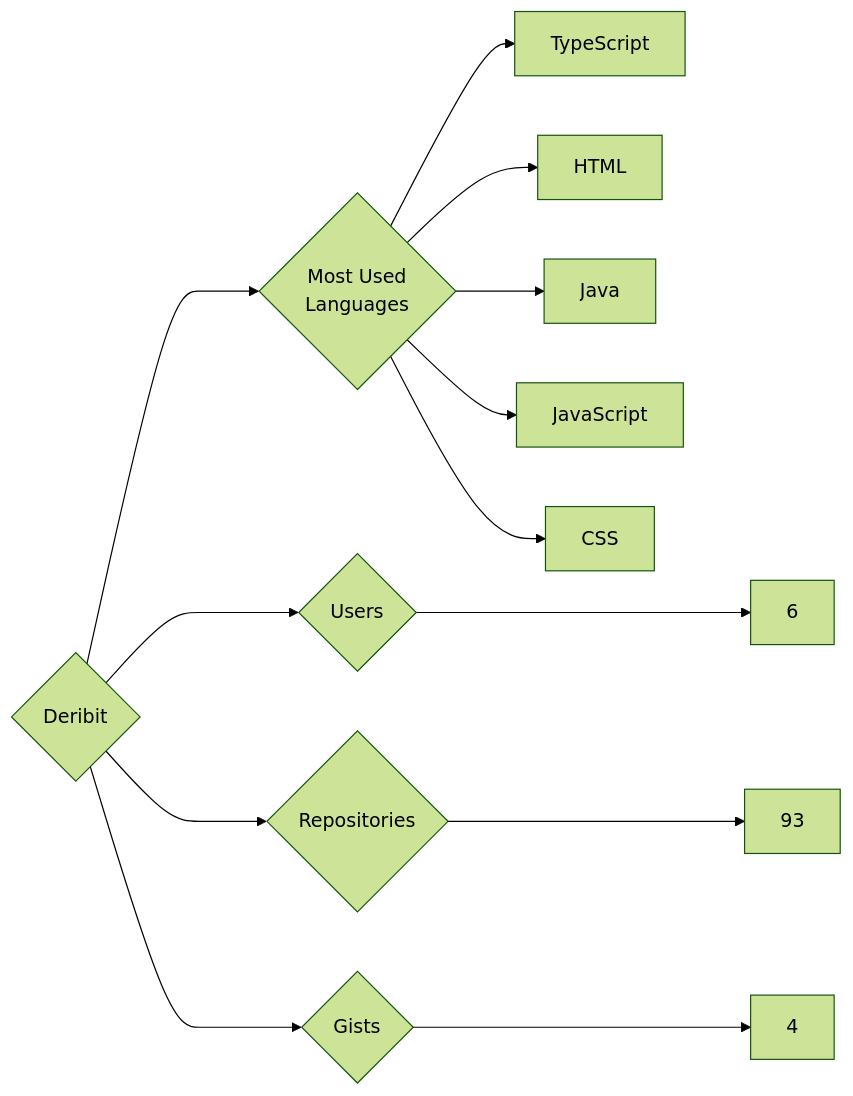
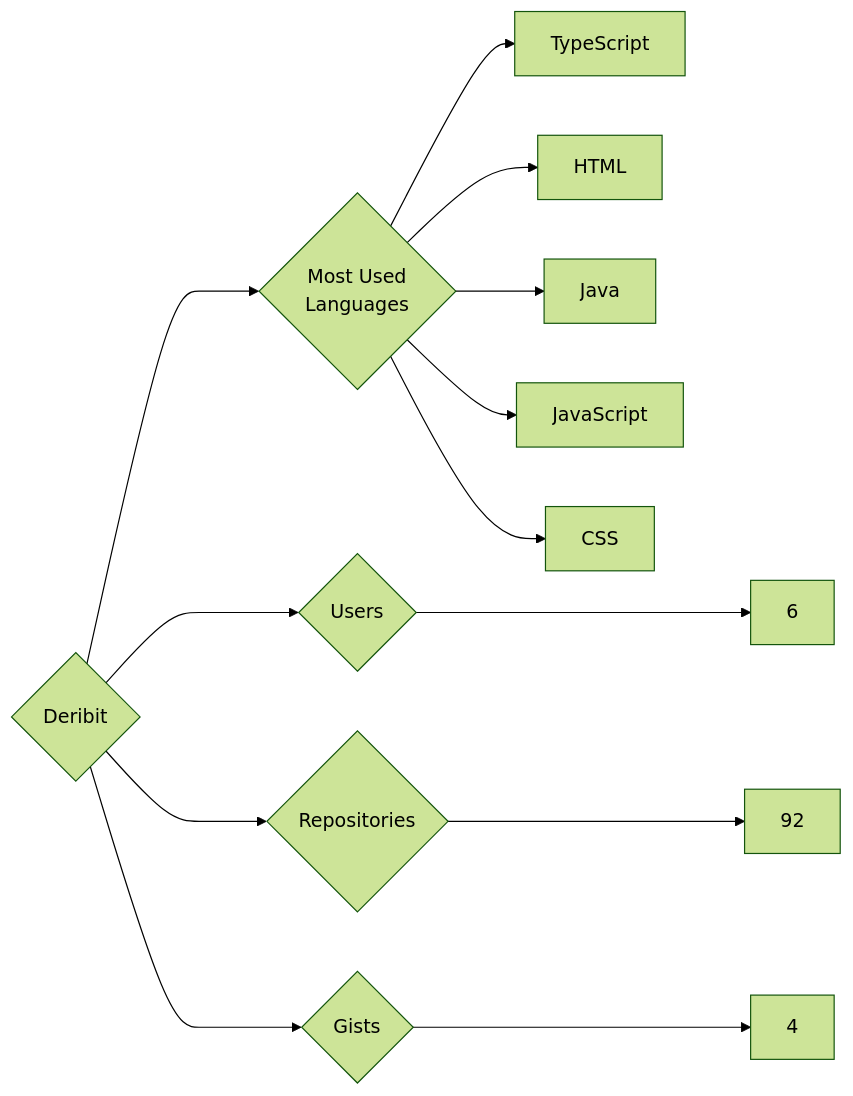
Before and after one commit to trickest/insiders: the diagram in targets/Deribit/README.md, drawn with Mermaid (forest theme). The commit also changed 985 other files, not shown here.

````diff
--- a/targets/Deribit/README.md
+++ b/targets/Deribit/README.md
@@ -3,13 +3,13 @@
 ```mermaid
 graph LR
 COMPANY_NAME{Deribit}
 COMPANY_NAME ---> U{Users} ---> UN[6]
-COMPANY_NAME ---> R{Repositories} ---> RN[93]
+COMPANY_NAME ---> R{Repositories} ---> RN[92]
 COMPANY_NAME ---> G{Gists} ---> GN[4]
 COMPANY_NAME ---> ML{Most Used<br>Languages}
 ML --> TypeScript[TypeScript]
 ML --> HTML[HTML]
 ML --> Java[Java]
 ML --> JavaScript[JavaScript]
 ML --> CSS[CSS]
 ```
````
